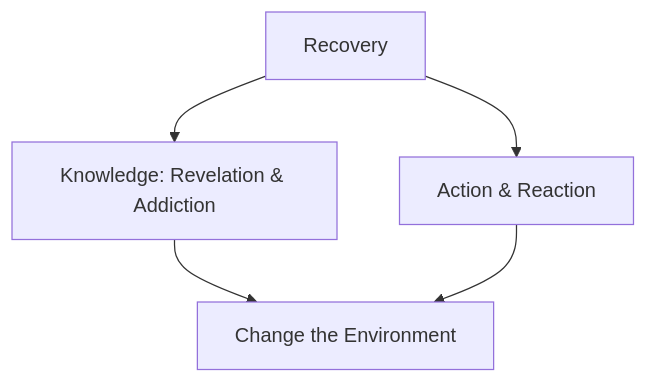
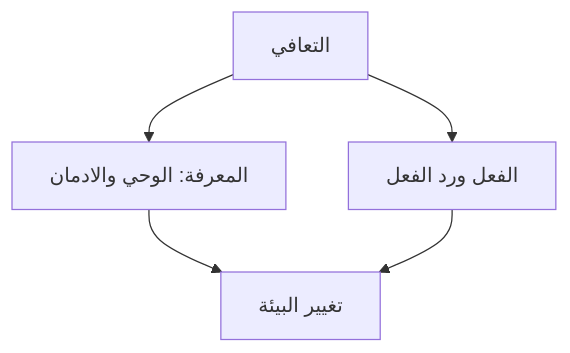
One commit to MuslimsAP/Internal changed the second of 2 diagrams in translations/arabic/1_Introduction.md. Above: the diagram before and after it, drawn with Mermaid. The commit also changed other lines of this file, not shown here.

````diff
--- a/translations/arabic/1_Introduction.md
+++ b/translations/arabic/1_Introduction.md
@@ -104,12 +104,12 @@
 ```mermaid
 graph TD;
-   A["Recovery"] 
-    B["Change the Environment"] 
-    C["Knowledge: Revelation & Addiction"] 
-    D["Action & Reaction"] 
+   A["التعافي"] 
+    B["تغيير البيئة"] 
+    C["المعرفة: الوحي والادمان"] 
+    D["الفعل ورد الفعل"] 
     A-->C;
     A-->D;
     C-->B;
     D-->B;
     
 ```
````
